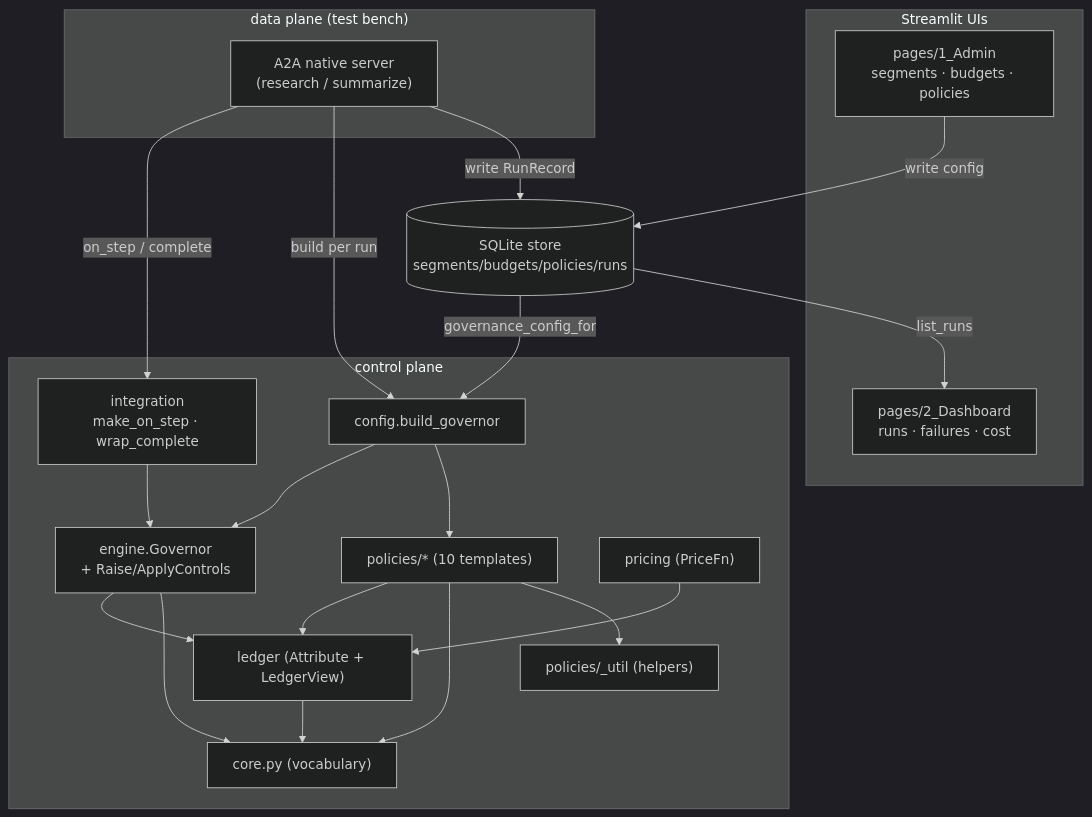
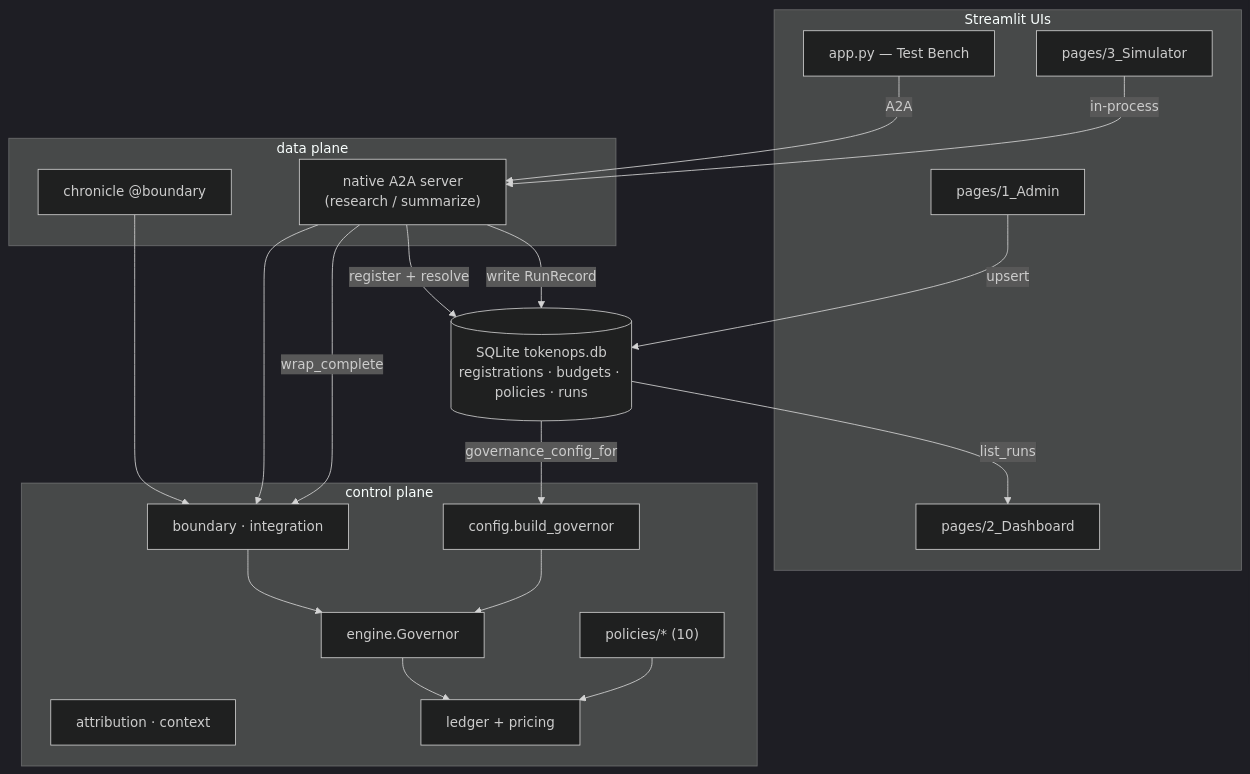
One commit to theagentplane/tokenops changed the diagram in docs/architecture.md. Above: the diagram before and after it, drawn with Mermaid (dark theme). The commit also changed other lines of this file and 47 other files, not shown here.

First line of the commit message:
Add run attribution, simulator, governance seeding, and admin UX fixes.

````diff
--- a/docs/architecture.md
+++ b/docs/architecture.md
@@ -24,42 +27,40 @@
 ```mermaid
 graph TD
-    subgraph dataplane["data plane (test bench)"]
-        agent["A2A native server\n(research / summarize)"]
+    subgraph dataplane["data plane"]
+        agent["native A2A server\n(research / summarize)"]
+        chronicle["chronicle @boundary"]
     end
 
     subgraph uis["Streamlit UIs"]
-        admin["pages/1_Admin\nsegments · budgets · policies"]
-        dash["pages/2_Dashboard\nruns · failures · cost"]
+        bench["app.py — Test Bench"]
+        sim["pages/3_Simulator"]
+        admin["pages/1_Admin"]
+        dash["pages/2_Dashboard"]
     end
 
-    store[("SQLite store\nsegments/budgets/policies/runs")]
+    store[("SQLite tokenops.db\nregistrations · budgets · policies · runs")]
 
     subgraph control["control plane"]
+        attr["attribution · context"]
+        boundary["boundary · integration"]
         cfg["config.build_governor"]
-        integ["integration\nmake_on_step · wrap_complete"]
-        engine["engine.Governor\n+ Raise/ApplyControls"]
-        policies["policies/* (10 templates)"]
-        ledger["ledger (Attribute + LedgerView)"]
-        pricing["pricing (PriceFn)"]
-        core["core.py (vocabulary)"]
-        util["policies/_util (helpers)"]
+        engine["engine.Governor"]
+        policies["policies/* (10)"]
+        ledger["ledger + pricing"]
     end
 
-    admin -->|write config| store
+    bench -->|A2A| agent
+    sim -->|in-process| agent
+    admin -->|upsert| store
     store -->|governance_config_for| cfg
-    agent -->|on_step / complete| integ
-    agent -->|build per run| cfg
+    agent -->|register + resolve| store
     agent -->|write RunRecord| store
     store -->|list_runs| dash
-
+    chronicle --> boundary
+    boundary --> engine
+    agent --> boundary
+    agent -->|wrap_complete| boundary
     cfg --> engine
-    cfg --> policies
-    integ --> engine
     engine --> ledger
-    engine --> core
     policies --> ledger
-    policies --> core
-    policies --> util
-    pricing --> ledger
-    ledger --> core
 ```
````
